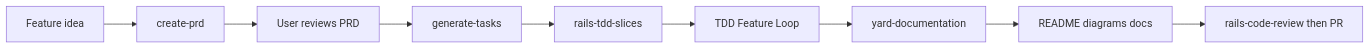
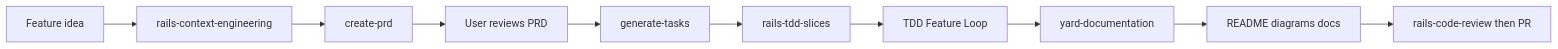
Before and after one commit to igmarin/my-RoR-personal-skills: the second of 15 diagrams in docs/workflow-guide.md, drawn with Mermaid. The commit also changed other lines of this file and 12 other files, not shown here.

First line of the commit message:
Feat/agent skills integration and context engineering (#35)

````diff
--- a/docs/workflow-guide.md
+++ b/docs/workflow-guide.md
@@ -201,11 +203,12 @@
 ```mermaid
 flowchart LR
-    A[Feature idea] --> B[create-prd]
+    A[Feature idea] --> CE[rails-context-engineering]
+    CE --> B[create-prd]
     B --> C[User reviews PRD]
     C --> D[generate-tasks]
     D --> E[rails-tdd-slices]
     E --> F[TDD Feature Loop]
     F --> G[yard-documentation]
     G --> H[README diagrams docs]
     H --> I[rails-code-review then PR]
 ```
````
